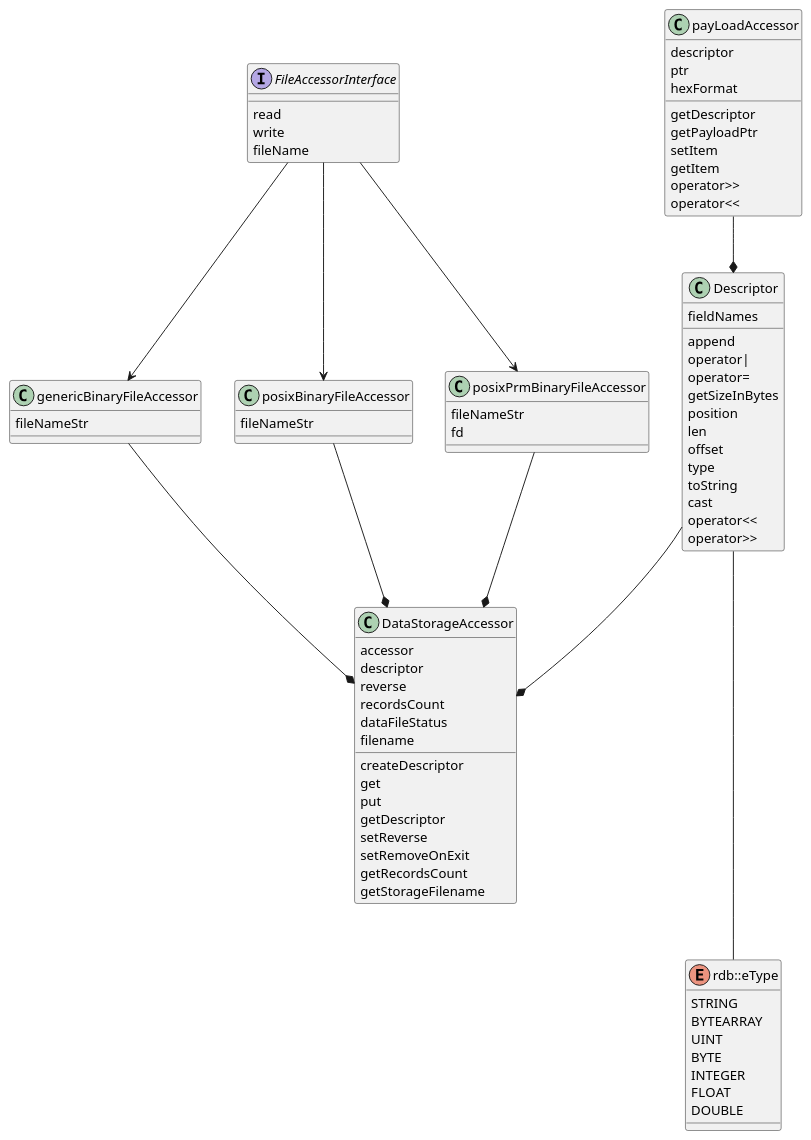
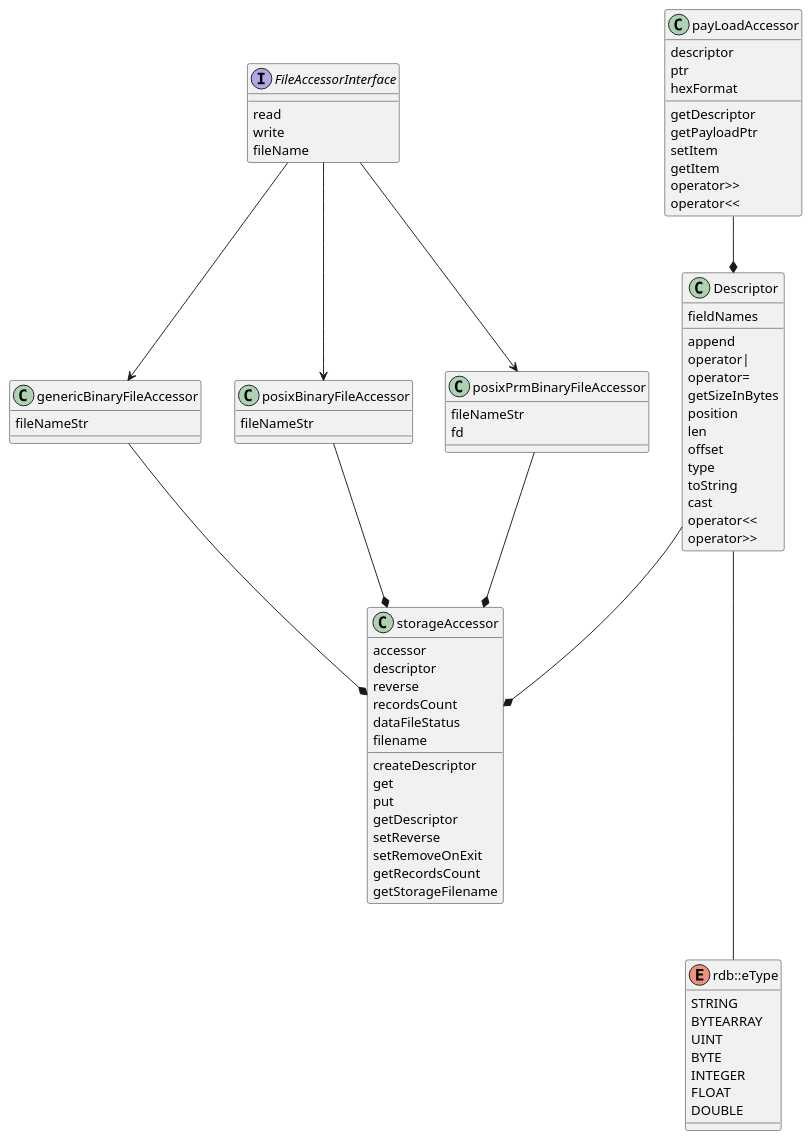
The diagram in src/include/rdb/UML/rdb.puml (michalwidera/retractordb), drawn with PlantUML before and after one commit. The commit also changed 10 other files, not shown here.

```diff
--- a/src/include/rdb/UML/rdb.puml
+++ b/src/include/rdb/UML/rdb.puml
@@ -1,96 +1,96 @@
 @startuml
 
 class Descriptor {
     {field} fieldNames
 
     {method} append
     {method} operator|
     {method} operator=
     {method} getSizeInBytes
     {method} position
     {method} len
     {method} offset
     {method} type
     {method} toString
     {method} cast
     {method} operator<<
     {method} operator>>
 }
 
 class genericBinaryFileAccessor {
     {field} fileNameStr
 }
 
 
 class posixBinaryFileAccessor {
     {field} fileNameStr
 }
 
 class posixPrmBinaryFileAccessor {
     {field} fileNameStr
     {field} fd
 }
 
 
 interface FileAccessorInterface {
     {method} read
     {method} write
     {method} fileName
 }
 
 class payLoadAccessor {
     {field} descriptor
     {field} ptr
     {field} hexFormat
 
     {method} getDescriptor
     {method} getPayloadPtr
     {method} setItem
     {method} getItem
     {method} operator>>
     {method} operator<<
 }
 
-class DataStorageAccessor {
+class storageAccessor {
     {field} accessor
     {field} descriptor
     {field} reverse
     {field} recordsCount
     {field} dataFileStatus
     {field} filename
 
     {method} createDescriptor
     {method} get
     {method} put
     {method} getDescriptor
     {method} setReverse
     {method} setRemoveOnExit
     {method} getRecordsCount
     {method} getStorageFilename
 }
 
 enum rdb::eType {
     STRING
     BYTEARRAY
     UINT
     BYTE
     INTEGER
     FLOAT
     DOUBLE
 }
 
 FileAccessorInterface --> genericBinaryFileAccessor
 FileAccessorInterface --> posixBinaryFileAccessor
 FileAccessorInterface --> posixPrmBinaryFileAccessor
 
-genericBinaryFileAccessor --* DataStorageAccessor
-posixBinaryFileAccessor --* DataStorageAccessor
-posixPrmBinaryFileAccessor --* DataStorageAccessor
+genericBinaryFileAccessor --* storageAccessor
+posixBinaryFileAccessor --* storageAccessor
+posixPrmBinaryFileAccessor --* storageAccessor
 
-Descriptor --* DataStorageAccessor
+Descriptor --* storageAccessor
 
 Descriptor --- rdb::eType
 
 payLoadAccessor --* Descriptor
 
 @enduml
```
